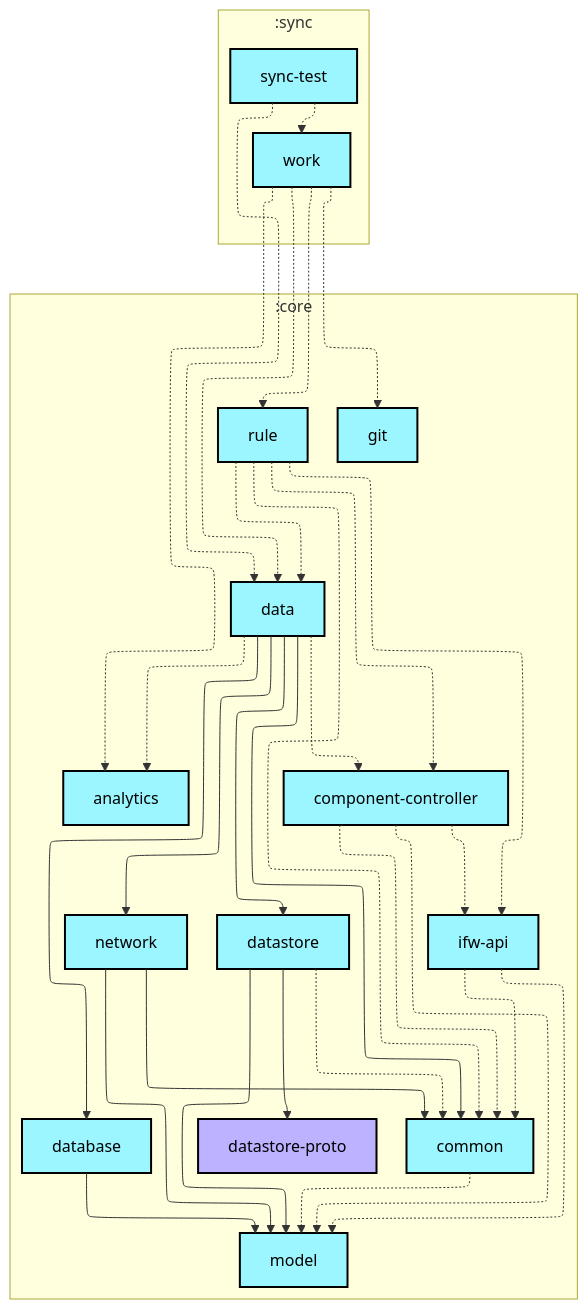
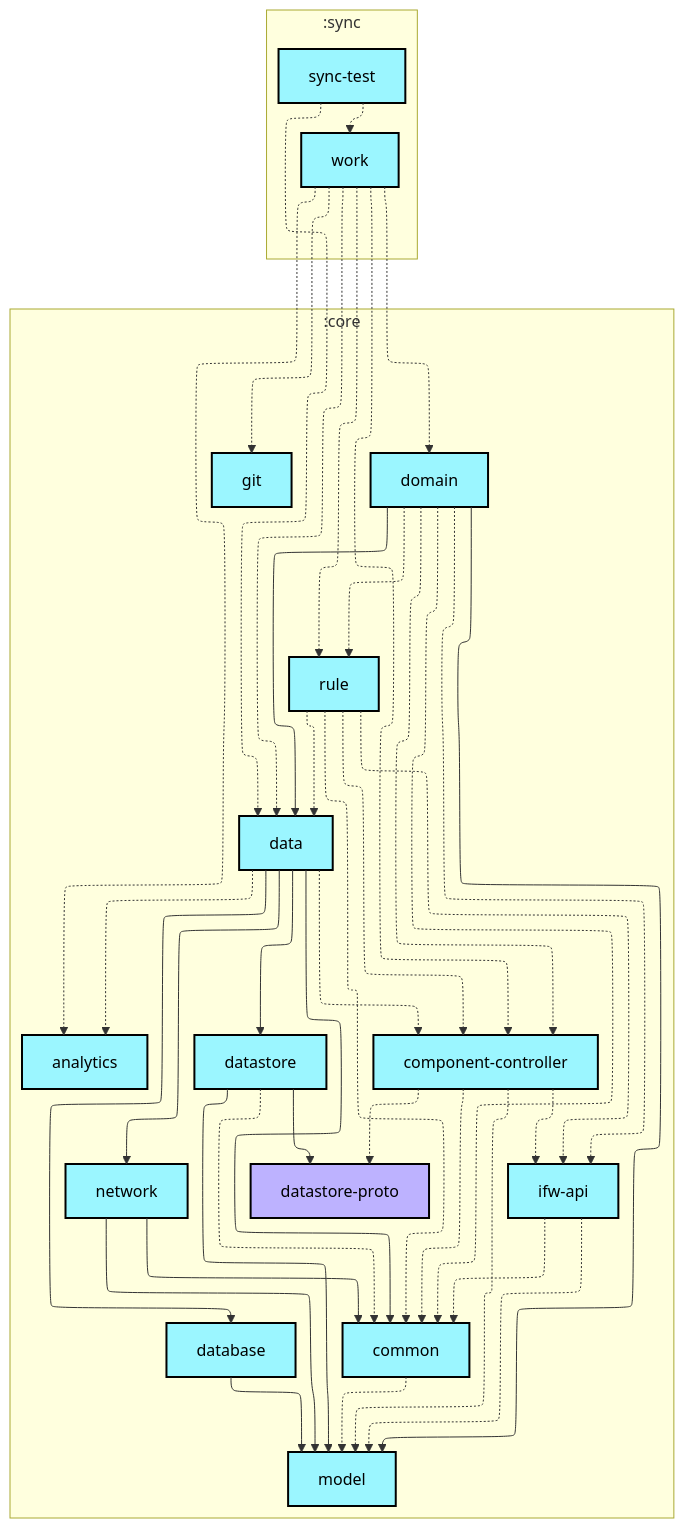
Before and after one commit to lihenggui/blocker: the first of 2 diagrams in sync/sync-test/README.md, drawn with Mermaid. The commit also changed 82 other files, not shown here.

````diff
--- a/sync/sync-test/README.md
+++ b/sync/sync-test/README.md
@@ -6,65 +6,75 @@
 ```mermaid
 ---
 config:
   layout: elk
   elk:
     nodePlacementStrategy: SIMPLE
 ---
 graph TB
   subgraph :sync
     direction TB
     :sync:sync-test[sync-test]:::android-library
     :sync:work[work]:::android-library
   end
   subgraph :core
     direction TB
     :core:analytics[analytics]:::android-library
     :core:common[common]:::android-library
     :core:component-controller[component-controller]:::android-library
     :core:data[data]:::android-library
     :core:database[database]:::android-library
     :core:datastore[datastore]:::android-library
     :core:datastore-proto[datastore-proto]:::jvm-library
+    :core:domain[domain]:::android-library
     :core:git[git]:::android-library
     :core:ifw-api[ifw-api]:::android-library
     :core:model[model]:::android-library
     :core:network[network]:::android-library
     :core:rule[rule]:::android-library
   end
 
   :core:common -.-> :core:model
   :core:component-controller -.-> :core:common
+  :core:component-controller -.-> :core:datastore-proto
   :core:component-controller -.-> :core:ifw-api
   :core:component-controller -.-> :core:model
   :core:data -.-> :core:analytics
   :core:data --> :core:common
   :core:data -.-> :core:component-controller
   :core:data --> :core:database
   :core:data --> :core:datastore
   :core:data --> :core:network
   :core:database --> :core:model
   :core:datastore -.-> :core:common
   :core:datastore --> :core:datastore-proto
   :core:datastore --> :core:model
+  :core:domain -.-> :core:common
+  :core:domain -.-> :core:component-controller
+  :core:domain --> :core:data
+  :core:domain -.-> :core:ifw-api
+  :core:domain --> :core:model
+  :core:domain -.-> :core:rule
   :core:ifw-api -.-> :core:common
   :core:ifw-api -.-> :core:model
   :core:network --> :core:common
   :core:network --> :core:model
   :core:rule -.-> :core:common
   :core:rule -.-> :core:component-controller
   :core:rule -.-> :core:data
   :core:rule -.-> :core:ifw-api
   :sync:sync-test -.-> :core:data
   :sync:sync-test -.-> :sync:work
   :sync:work -.-> :core:analytics
+  :sync:work -.-> :core:component-controller
   :sync:work -.-> :core:data
+  :sync:work -.-> :core:domain
   :sync:work -.-> :core:git
   :sync:work -.-> :core:rule
 
 classDef android-application fill:#CAFFBF,stroke:#000,stroke-width:2px,color:#000;
 classDef android-feature fill:#FFD6A5,stroke:#000,stroke-width:2px,color:#000;
 classDef android-library fill:#9BF6FF,stroke:#000,stroke-width:2px,color:#000;
 classDef android-test fill:#A0C4FF,stroke:#000,stroke-width:2px,color:#000;
 classDef jvm-library fill:#BDB2FF,stroke:#000,stroke-width:2px,color:#000;
 classDef unknown fill:#FFADAD,stroke:#000,stroke-width:2px,color:#000;
 ```
````
